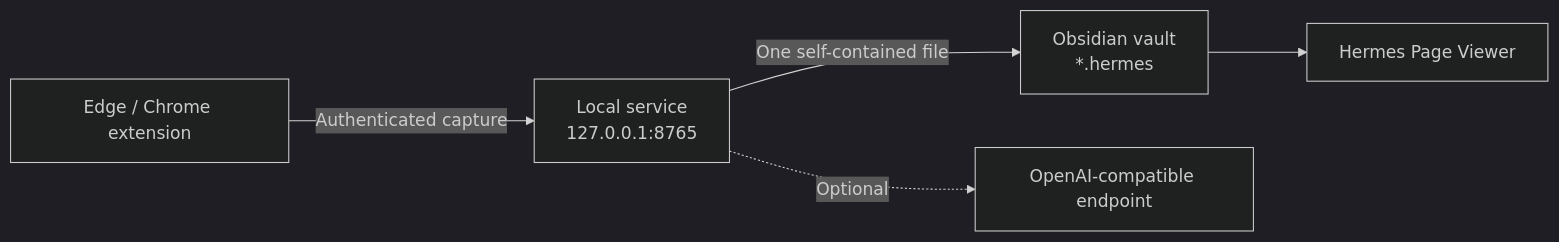
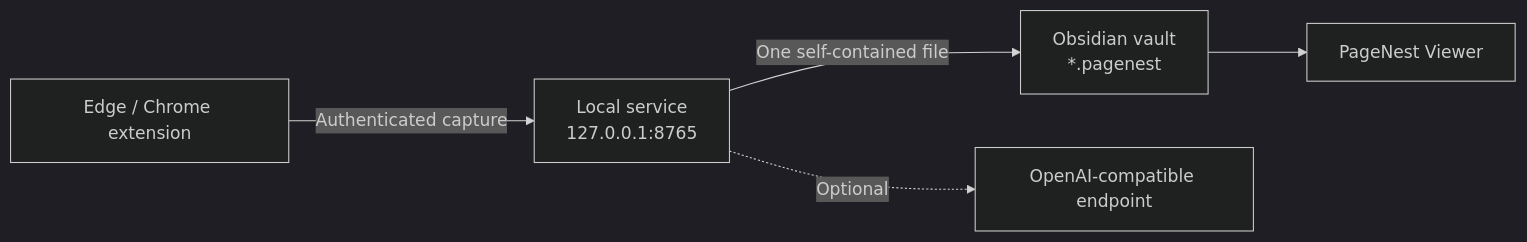
Before and after one commit to WYuHuai/PageNest: the diagram in README.md, drawn with Mermaid (dark theme). The commit also changed other lines of this file and 14 other files, not shown here.

Commit message:
docs: document PageNest installer workflow

````diff
--- a/README.md
+++ b/README.md
@@ -37,7 +37,7 @@
 ```mermaid
 flowchart LR
     E["Edge / Chrome extension"] -->|"Authenticated capture"| S["Local service<br/>127.0.0.1:8765"]
-    S -->|"One self-contained file"| V["Obsidian vault<br/>*.hermes"]
-    V --> P["Hermes Page Viewer"]
+    S -->|"One self-contained file"| V["Obsidian vault<br/>*.pagenest"]
+    V --> P["PageNest Viewer"]
     S -. "Optional" .-> A["OpenAI-compatible endpoint"]
 ```
````
